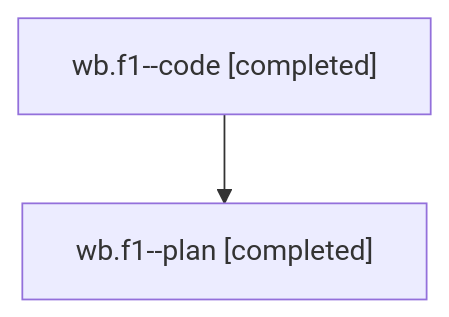
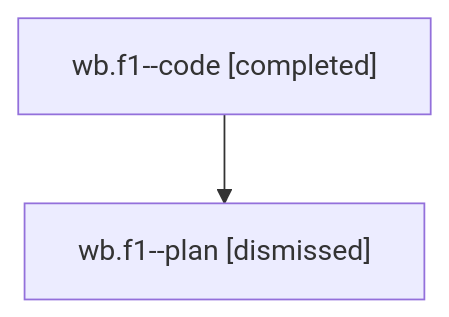
The diagram in families/bbugyi200.athena.wb.f1.md (sase-org/sase--agents), drawn with Mermaid before and after one commit. The commit also changed other lines of this file and 1497 other files, not shown here.

````diff
--- a/families/bbugyi200.athena.wb.f1.md
+++ b/families/bbugyi200.athena.wb.f1.md
@@ -9,6 +9,6 @@
 ```mermaid
 flowchart TD
   n0["wb.f1--code [completed]"]
-  n1["wb.f1--plan [completed]"]
+  n1["wb.f1--plan [dismissed]"]
   n0 --> n1
 ```
````
